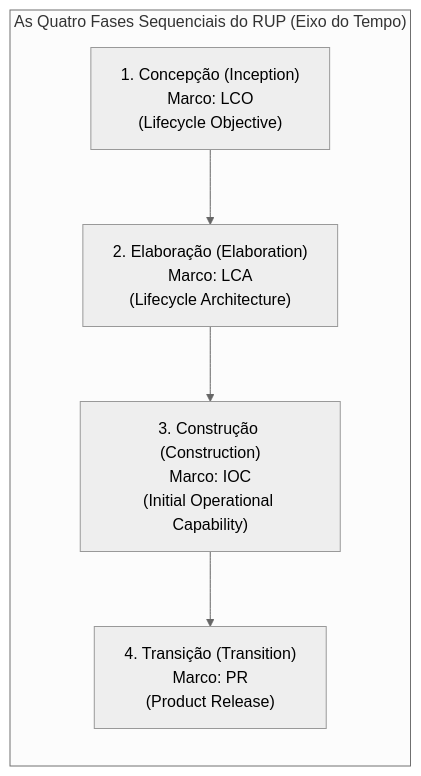
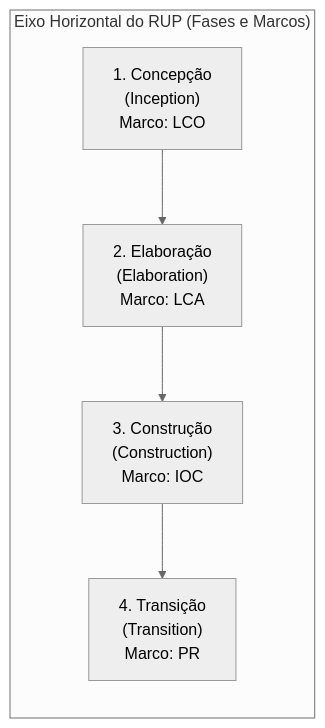
Diagram 12 of 35 in 3º Semestre/[Prof. Marcelo Boer] Engenharia de Software I/Resumos-IA/Simulados-Comentados.md (murilolol/unifef), drawn with Mermaid (neutral theme) before and after one commit. The commit also changed other lines of this file and 40 other files, not shown here.

````diff
--- a/3º Semestre/[Prof. Marcelo Boer] Engenharia de Software I/Resumos-IA/Simulados-Comentados.md
+++ b/3º Semestre/[Prof. Marcelo Boer] Engenharia de Software I/Resumos-IA/Simulados-Comentados.md
@@ -357,13 +410,8 @@
 ```mermaid
 flowchart LR
-    subgraph FasesDoRUP["As Quatro Fases Sequenciais do RUP (Eixo do Tempo)"]
-        F1["1. Concepção (Inception)\nMarco: LCO\n(Lifecycle Objective)"]
-        F2["2. Elaboração (Elaboration)\nMarco: LCA\n(Lifecycle Architecture)"]
-        F3["3. Construção (Construction)\nMarco: IOC\n(Initial Operational Capability)"]
-        F4["4. Transição (Transition)\nMarco: PR\n(Product Release)"]
+    subgraph Eixo_Horizontal_Fases["Eixo Horizontal do RUP (Fases e Marcos)"]
+        INC["1. Concepção\n(Inception)\nMarco: LCO"] --> ELA["2. Elaboração\n(Elaboration)\nMarco: LCA"]
+        ELA --> CON["3. Construção\n(Construction)\nMarco: IOC"]
+        CON --> TRA["4. Transição\n(Transition)\nMarco: PR"]
     end
-
-    F1 --> F2
-    F2 --> F3
-    F3 --> F4
 ```
````
